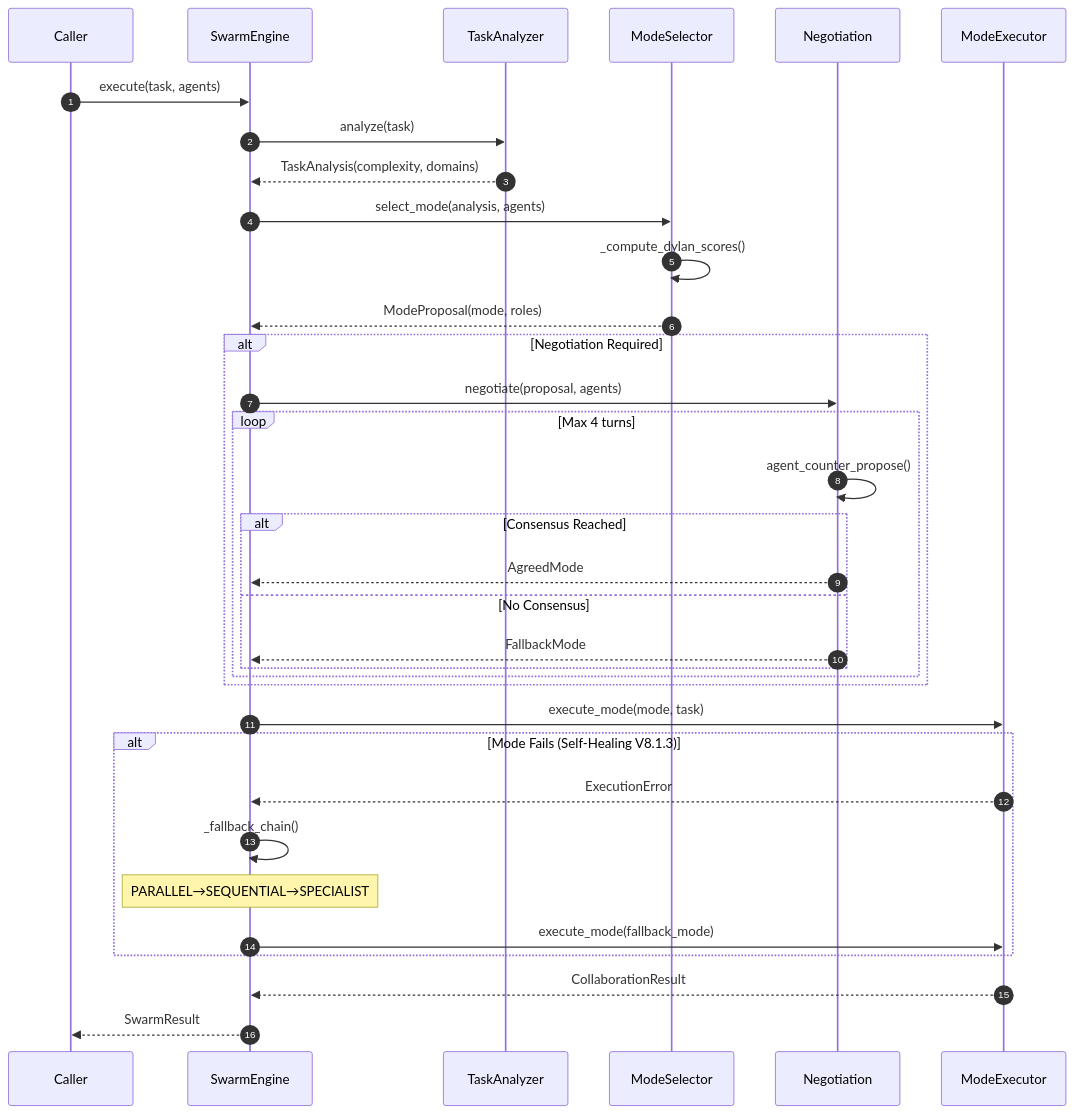
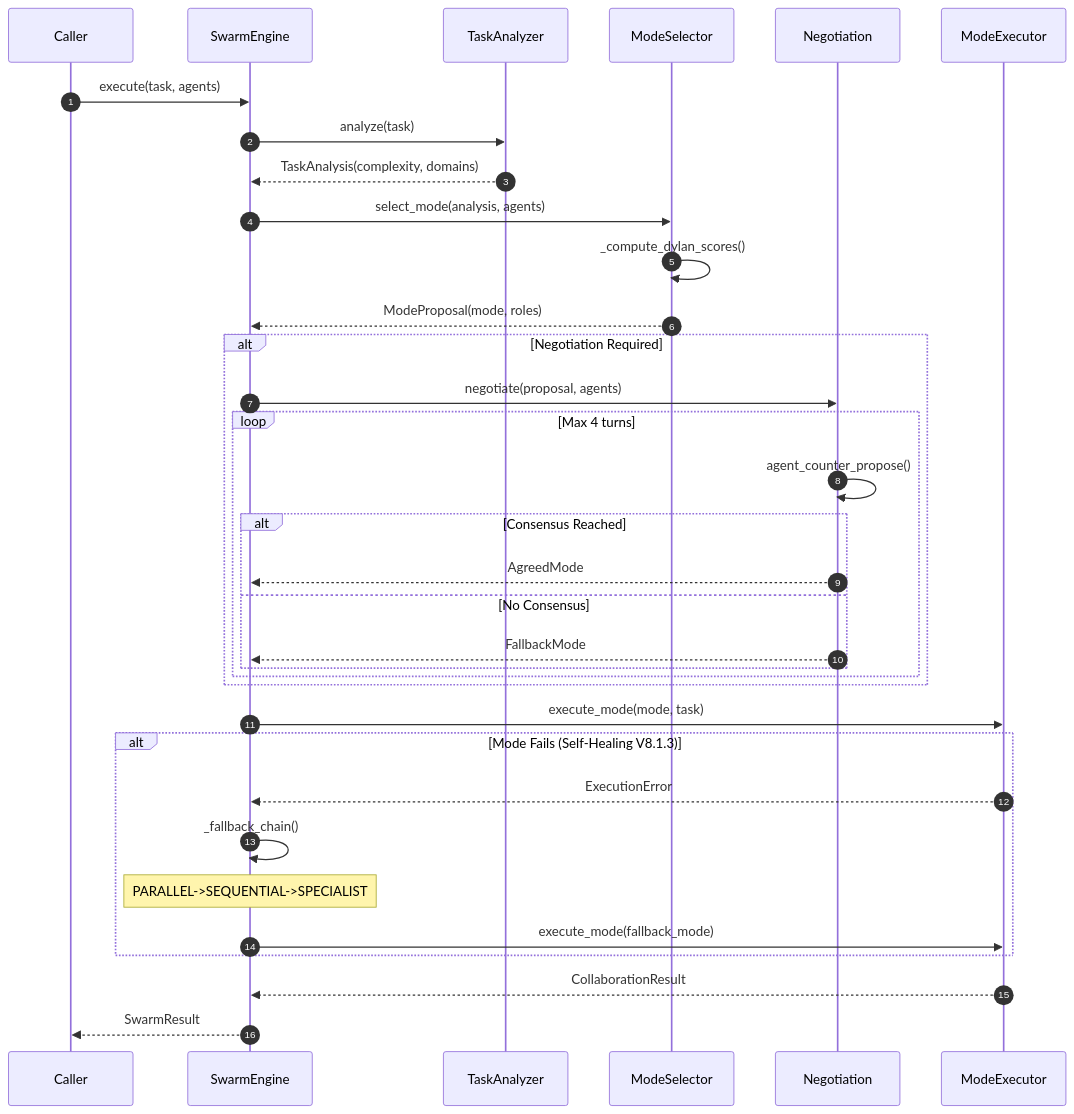
The fourth of 5 diagrams in ARCHITECTURE_MAP.md (yannabadie/NEXUS), drawn with Mermaid before and after one commit. The commit also changed other lines of this file and 284 other files, not shown here.

````diff
--- a/ARCHITECTURE_MAP.md
+++ b/ARCHITECTURE_MAP.md
@@ -227,42 +227,42 @@
 ```mermaid
 sequenceDiagram
     autonumber
     participant C as Caller
     participant E as SwarmEngine
     participant A as TaskAnalyzer
     participant S as ModeSelector
     participant N as Negotiation
     participant X as ModeExecutor
 
     C->>E: execute(task, agents)
     E->>A: analyze(task)
     A-->>E: TaskAnalysis(complexity, domains)
 
     E->>S: select_mode(analysis, agents)
     S->>S: _compute_dylan_scores()
     S-->>E: ModeProposal(mode, roles)
 
     alt Negotiation Required
         E->>N: negotiate(proposal, agents)
         loop Max 4 turns
             N->>N: agent_counter_propose()
             alt Consensus Reached
                 N-->>E: AgreedMode
             else No Consensus
                 N-->>E: FallbackMode
             end
         end
     end
 
     E->>X: execute_mode(mode, task)
 
     alt Mode Fails (Self-Healing V8.1.3)
         X-->>E: ExecutionError
         E->>E: _fallback_chain()
-        Note over E: PARALLEL→SEQUENTIAL→SPECIALIST
+        Note over E: PARALLEL->SEQUENTIAL->SPECIALIST
         E->>X: execute_mode(fallback_mode)
     end
 
     X-->>E: CollaborationResult
     E-->>C: SwarmResult
 ```
````
